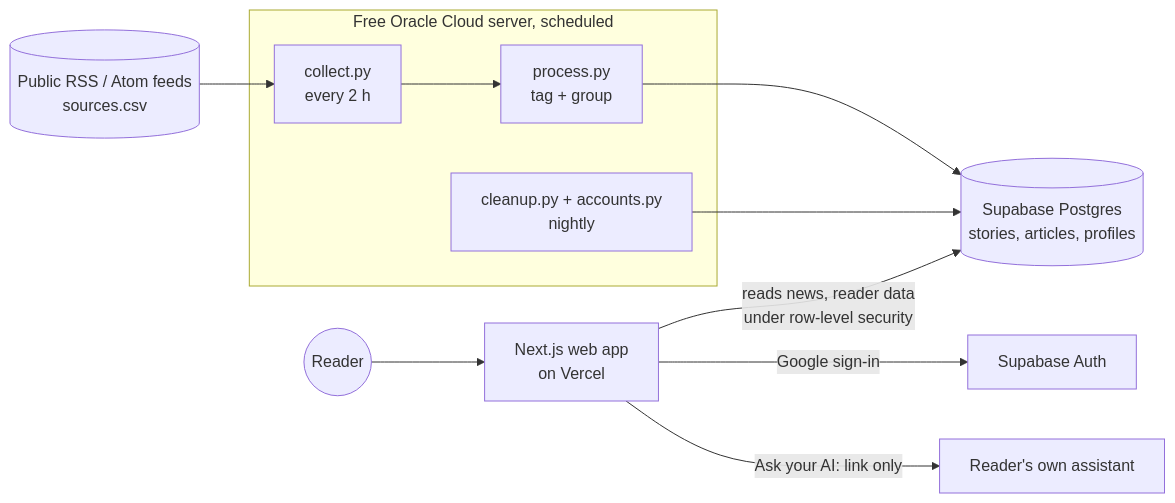
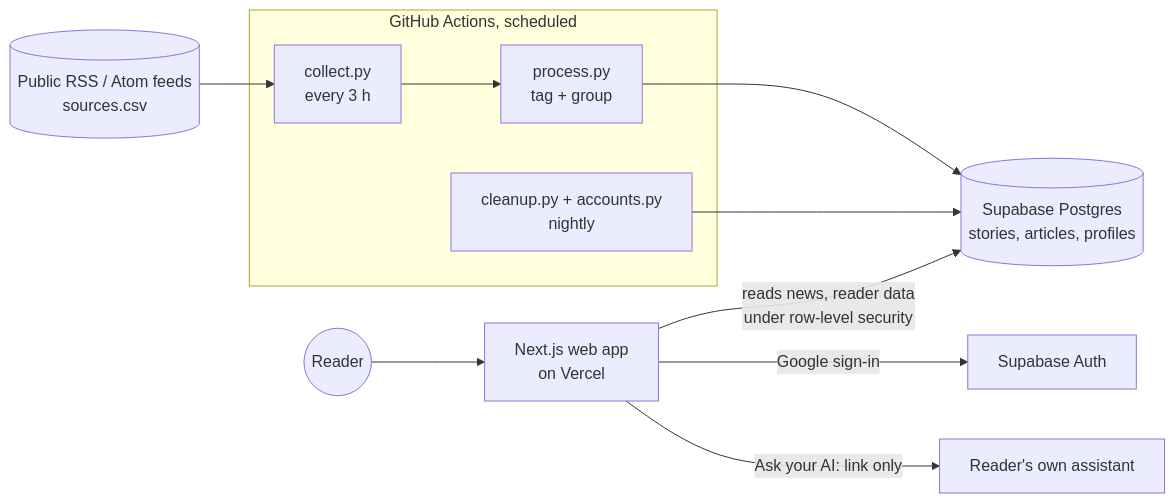
One commit to SaiKrishna-Sajjanam/alllens changed the diagram in docs/ARCHITECTURE.md. Above: the diagram before and after it, drawn with Mermaid. The commit also changed 7 other files, not shown here.

First line of the commit message:
Stay on free GitHub Actions: collect every 3 hours, packages cached

````diff
--- a/docs/ARCHITECTURE.md
+++ b/docs/ARCHITECTURE.md
@@ -3,14 +3,14 @@
 ```mermaid
 flowchart LR
-  subgraph GH[Free Oracle Cloud server, scheduled]
-    C[collect.py<br/>every 2 h] --> P[process.py<br/>tag + group]
+  subgraph GH[GitHub Actions, scheduled]
+    C[collect.py<br/>every 3 h] --> P[process.py<br/>tag + group]
     X[cleanup.py + accounts.py<br/>nightly]
   end
   F[(Public RSS / Atom feeds<br/>sources.csv)] --> C
   P --> DB[(Supabase Postgres<br/>stories, articles, profiles)]
   X --> DB
   W[Next.js web app<br/>on Vercel] -- reads news, reader data<br/>under row-level security --> DB
   U((Reader)) --> W
   W -- Google sign-in --> A[Supabase Auth]
   W -- "Ask your AI": link only --> AI[Reader's own assistant]
 ```
````
